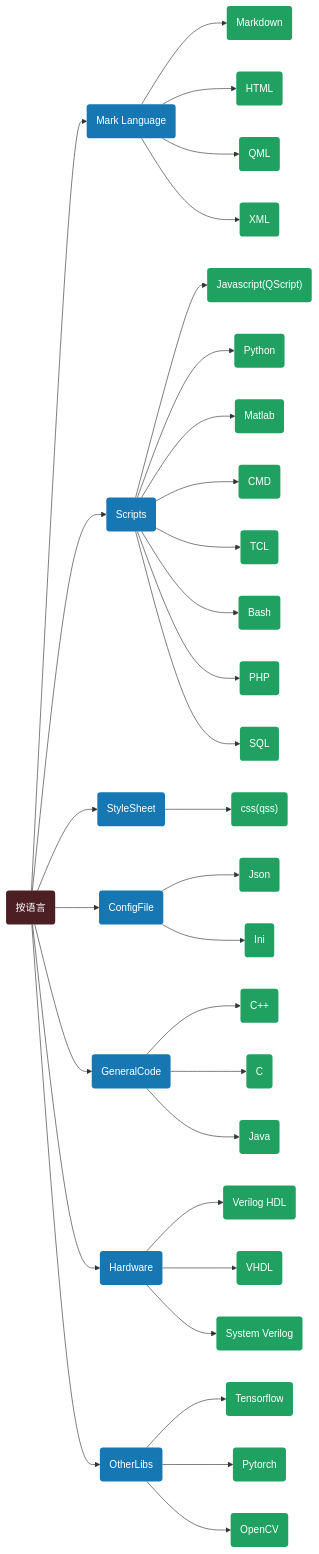
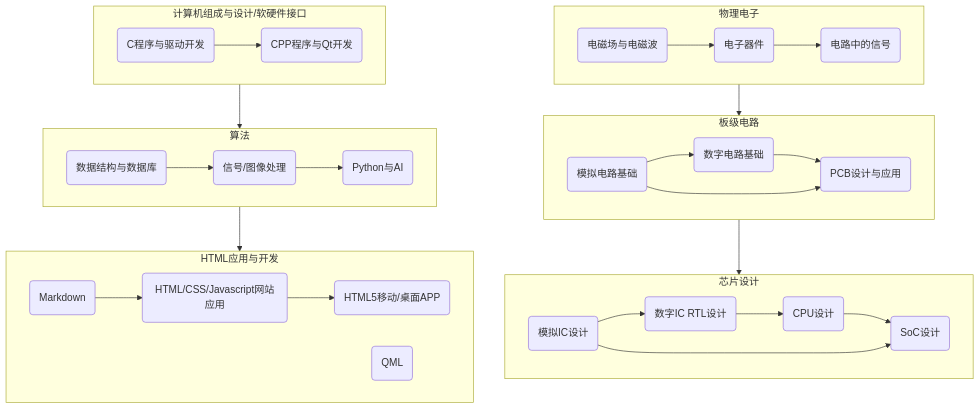
One commit to charleechan/MyWiki changed the diagram in mds/README.md. Above: the diagram before and after it, drawn with Mermaid. The commit also changed other lines of this file and 850 other files, not shown here.

````diff
--- a/mds/README.md
+++ b/mds/README.md
@@ -7,99 +7,54 @@
 ```mermaid
-graph LR;
-classDef CSS3 fill:#20A162,stroke:#000000,color:#ffffff,stroke-width:0px;
-classDef CSS2 fill:#4C1F24,stroke:#000000,color:#ffffff,stroke-width:0px;
-classDef CSS1 fill:#1677B3,stroke:#000000,color:#ffffff,stroke-width:0px;
-ROOT(按语言)
-B1(Mark Language )
-  C1(Markdown )
-  C2(HTML )
-  C3(QML )
-  C13(XML )
-B2(Scripts )
-  C4("Javascript(QScript) ")
-  C5(Python )
-  C6(Matlab )
-  C7(CMD )
-  C8(TCL )
-  C9(Bash )
-  C10(PHP )
-  C11(SQL )
-B3(StyleSheet )
-  C12("css(qss) ")
-B4(ConfigFile )
-  C14(Json )
-  C15(Ini )
-B5(GeneralCode )
-  C16(C++ )
-  C17(C )
-  C18(Java )
-B6(Hardware )
-  C19(Verilog HDL )
-  C20(VHDL )
-  C21(System Verilog )
-B7(OtherLibs )
-  C22(Tensorflow )
-  C23(Pytorch )
-  C24(OpenCV )
-ROOT --> B1
-ROOT --> B2
-ROOT --> B3
-ROOT --> B4
-ROOT --> B5
-ROOT --> B6
-ROOT --> B7
-B1 --> C1 
-B1 --> C2 
-B1 --> C3 
-B2 --> C4 
-B2 --> C5    
-B2 --> C6 
-B2 --> C7 
-B2 --> C8 
-B2 --> C9 
-B2 --> C10
-B2 --> C11
-B3 --> C12
-B1 --> C13
-B4 --> C14
-B4 --> C15
-B5 --> C16
-B5 --> C17
-B5 --> C18
-B6 --> C19
-B6 --> C20
-B6 --> C21
-B7 --> C22
-B7 --> C23
-B7 --> C24
+flowchart TB
+物理电子-->板级电路
+板级电路-->芯片设计
+计算机组成与设计/软硬件接口-->算法
+算法-->HTML应用与开发
 
-click C1 "./Coding/LangsMark/MD/index.html" "点我打开"
-click C2 "./Coding/LangsMark/HTML/index.html" "点我打开"
-click C3 "./Coding/LangsMark/QML/index.html" "点我打开"
-click C4 "./Coding/LangsScript/JS/index.html" "点我打开"
-click C5 "./Coding/LangsScript/Python/index.html" "点我打开"
-click C6 "./Coding/LangsScript/Matlab/index.html" "点我打开"
-click C7 "./Coding/LangsScript/CMD/index.html" "点我打开"
-click C8 "./Coding/LangsScript/TCL/index.html" "点我打开"
-click C9 "./Coding/LangsScript/Bash/index.html" "点我打开"
-click C10 "./Coding/LangsScript/PHP/index.html" "点我打开"
-click C11 "./Coding/LangsScript/SQL/index.html" "点我打开"
-click C12 "./Coding/LangsStyle/CSS/index.html" "点我打开"
-click C13 "./Coding/LangsMark/XML/index.html" "点我打开"
-click C14 "./Coding/LangsConf/Json/index.html" "点我打开"
-click C15 "./Coding/LangsConf/Ini/index.html" "点我打开"
-click C16 "./Coding/LangsGene/Cpp/index.html" "点我打开"
-click C17 ".Coding/LangsGene/C/index.html" "点我打开"
-click C18 "./Coding/LangsGene/Java/index.html" "点我打开"
-click C19 "./Coding/LangsHard/Verilog/index.html" "点我打开"
-click C20 "./Coding/LangsHard/VHDL/index.html" "点我打开"
-click C21 "./Coding/LangsHard/SystemVerilog/index.html" "点我打开"
-click C22 "./OtherLibs/Tensorflow/index.html" "点我打开"
-click C23 "./OtherLibs/Pytorch/index.html" "点我打开"
-click C24 "./OtherLibs/OpenCV/index.html" "点我打开"
+subgraph 物理电子
+A1(电磁场与电磁波)-->A2(电子器件)-->A3(电路中的信号)
+end
+click A1 "./Hardware/Devices/index.html"
+click A2 "./Hardware/Devices/index.html"
+click A3 "./Hardware/SigCirSys/index.html"
 
-class C1,C2,C3,C4,C5,,C6,C7,C8,C9,C10,C11,C12 CSS3
-class C13,C14,C15,C16,C17,C18,C19,C20,C21,C22,C23,C24 CSS3
-class B1,B2,B3,B4,B5,B6,B7 CSS1
-class ROOT CSS2
+subgraph 板级电路
+B1(模拟电路基础)-->B2(数字电路基础)-->B3(PCB设计与应用) 
+B1-->B3
+end
+click B1 "./Hardware/AnalogCirciut/index.html"
+click B2 "./Hardware/DigitalCircuit/index.html"
+click B3 "./Hardware/PCB/index.html"
+
+subgraph 芯片设计
+C1(模拟IC设计)-->C2(数字IC RTL设计)-->C3(CPU设计)-->C4(SoC设计)
+C1-->C4
+end
+click C1 "./Hardware/AnalogIC/index.html"
+click C2 "./Hardware/DigitalIC/index.html"
+click C3 "./Hardware/CPU/index.html"
+click C4 "./Hardware/SoC/index.html"
+
+subgraph 计算机组成与设计/软硬件接口
+D1(C程序与驱动开发)--> D2(CPP程序与Qt开发)
+end
+click D1 "./Software/CSTM32/index.html"
+click D2 "./Software/CppQt/index.html"
+
+subgraph HTML应用与开发
+E1(Markdown)-->E2(HTML/CSS/Javascript网站应用)-->E3(HTML5移动/桌面APP)
+E4(QML)
+end
+click E1 "./Software/MD/index.html"
+click E2 "./Software/HCJ/index.html"
+click E3 "./Software/H5App/index.html"
+click E4 "./Software/QML/index.html"
+
+subgraph 算法
+F1(数据结构与数据库)-->F2(信号/图像处理)-->F3(Python与AI)
+end
+click F1 "./Software/Datas/index.html"
+click F2 "./Software/DSPISP/index.html"
+click F3 "./Software/PythonAI/index.html"
+
 ```
````
